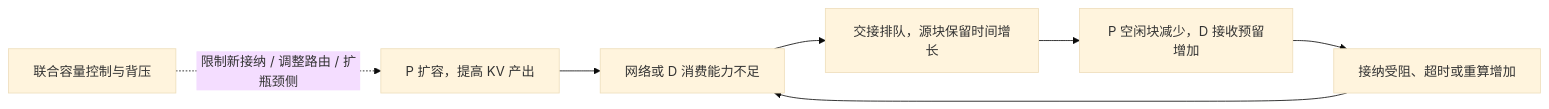
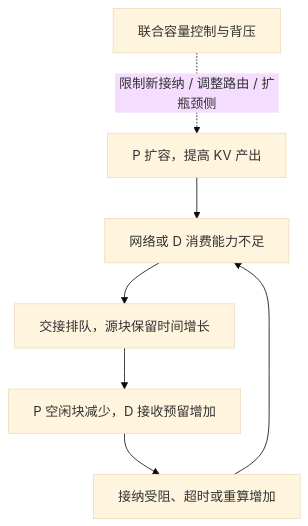
The sixth of 7 diagrams in _posts/2026-08-23-prefill-decode-disaggregation.md (arganzheng/arganzheng.github.com), drawn with Mermaid (base theme) before and after one commit. The commit also changed 4 other files, not shown here.

First line of the commit message:
两处被压扁的横向流程图改为纵向；地图、备忘录、AGENTS.md 记下 142 篇已全部带答案与自测

````diff
--- a/_posts/2026-08-23-prefill-decode-disaggregation.md
+++ b/_posts/2026-08-23-prefill-decode-disaggregation.md
@@ -859,9 +859,10 @@
 ```mermaid
-flowchart LR
+%%{init: {"flowchart": {"wrappingWidth": 260}}}%%
+flowchart TB
     A[P 扩容，提高 KV 产出] --> B[网络或 D 消费能力不足]
     B --> C[交接排队，源块保留时间增长]
     C --> D[P 空闲块减少，D 接收预留增加]
     D --> E[接纳受阻、超时或重算增加]
     E --> B
     F[联合容量控制与背压] -.->|限制新接纳 / 调整路由 / 扩瓶颈侧| A
 ```
````
